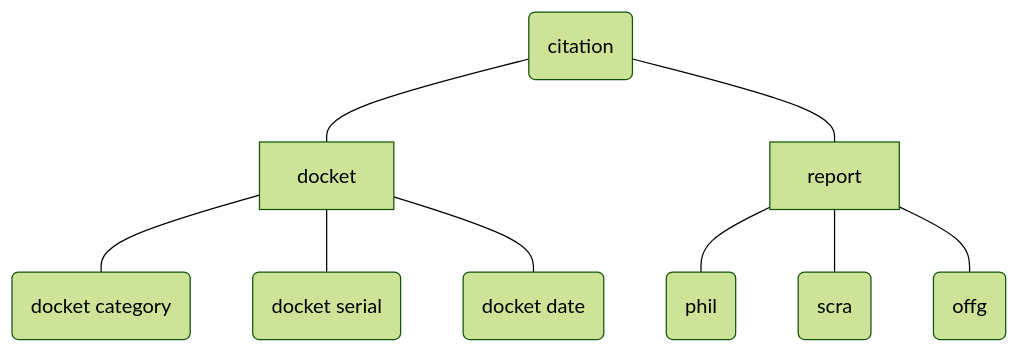
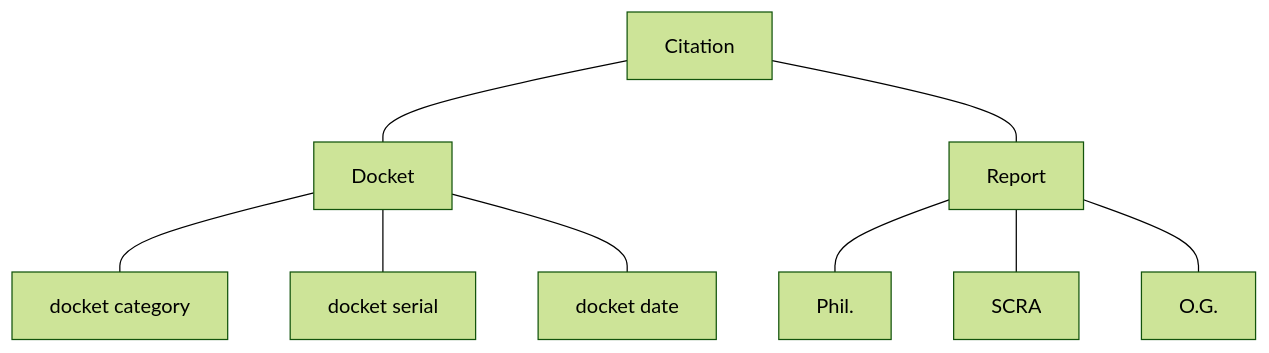
One commit to justmars/citation-utils changed the diagram in docs/index.md. Above: the diagram before and after it, drawn with Mermaid (forest theme). The commit also changed other lines of this file and 24 other files, not shown here.

````diff
--- a/docs/index.md
+++ b/docs/index.md
@@ -9,11 +38,11 @@
 ```mermaid
 flowchart TB
-cite(citation)---docket
+cite["Citation"]---docket["Docket"]
 cite---report
-docket---d1(docket category)
-docket---d2(docket serial)
-docket---d3(docket date)
-report---r1(phil)
-report---r2(scra)
-report---r3(offg)
+docket---d1["docket category"]
+docket---d2["docket serial"]
+docket---d3["docket date"]
+report["Report"]---r1["Phil."]
+report---r2["SCRA"]
+report---r3["O.G."]
 ```
````
